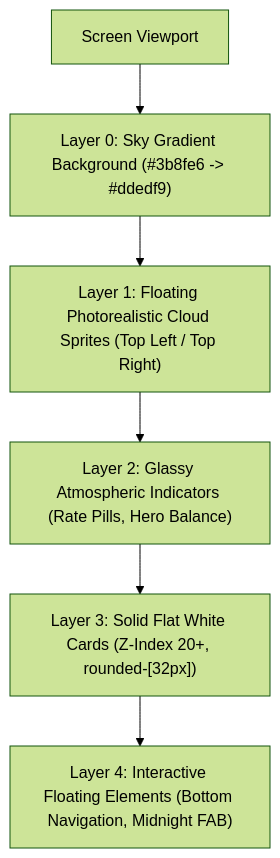
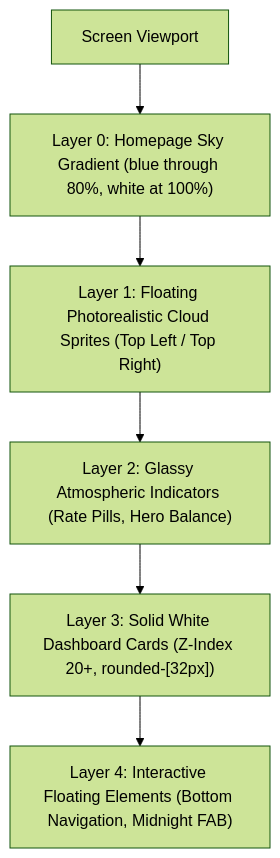
The diagram in design.md (theajmalrazaq/superflex), drawn with Mermaid (forest theme) before and after one commit. The commit also changed other lines of this file and 22 other files, not shown here.

````diff
--- a/design.md
+++ b/design.md
@@ -90,8 +107,8 @@
 ```mermaid
 flowchart TD
-    A["Screen Viewport"] --> B["Layer 0: Sky Gradient Background (#3b8fe6 -> #ddedf9)"]
+    A["Screen Viewport"] --> B["Layer 0: Homepage Sky Gradient (blue through 80%, white at 100%)"]
     B --> C["Layer 1: Floating Photorealistic Cloud Sprites (Top Left / Top Right)"]
     C --> D["Layer 2: Glassy Atmospheric Indicators (Rate Pills, Hero Balance)"]
-    D --> E["Layer 3: Solid Flat White Cards (Z-Index 20+, rounded-[32px])"]
+    D --> E["Layer 3: Solid White Dashboard Cards (Z-Index 20+, rounded-[32px])"]
     E --> F["Layer 4: Interactive Floating Elements (Bottom Navigation, Midnight FAB)"]
 ```
````
